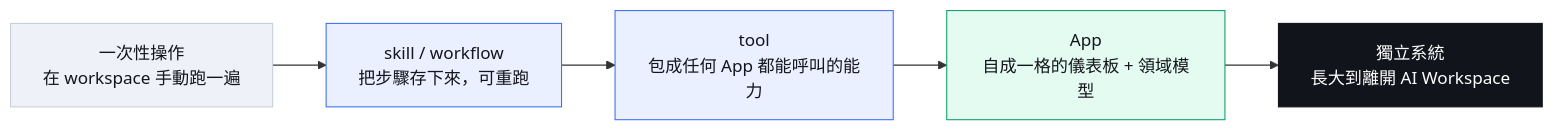
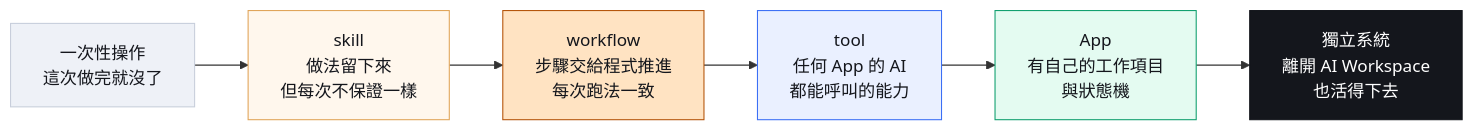
The diagram in slides/diagrams/team-onboarding-ladder.mmd (HYChou0515/ai-workspace), drawn with Mermaid before and after one commit. The commit also changed 2 other files, not shown here.

Commit message:
docs(slides): split skill and workflow into separate rungs of the ladder
The ladder collapsed them into one node labelled "把步驟存下來，可重跑" —
a description only workflow earns. Putting them in the same box undoes the
distinction the architecture page works to establish, and the label taught the
wrong thing about skill on top of that.

They are adjacent rungs, not one rung: skill keeps the method but leaves the
model to judge each run, so a step can still be dropped; workflow hands the
steps to a program, and the model is only called in for one station. Writing a
skill first and hardening it into a workflow once it settles is the normal
order, so the page now says the axis out loud — the further right, the less it
rests on the model improvising and the more the program guarantees — and says
the two are not an either/or.

skill and workflow also get distinct fills now (light vs strong amber) so the
picture carries the difference without the caption.

```diff
--- a/slides/diagrams/team-onboarding-ladder.mmd
+++ b/slides/diagrams/team-onboarding-ladder.mmd
@@ -1,11 +1,16 @@
 flowchart LR
-    A["一次性操作<br/>在 workspace 手動跑一遍"] --> B["skill / workflow<br/>把步驟存下來，可重跑"]
-    B --> C["tool<br/>包成任何 App 都能呼叫的能力"]
-    C --> D["App<br/>自成一格的儀表板 + 領域模型"]
-    D --> E["獨立系統<br/>長大到離開 AI Workspace"]
+    A["一次性操作<br/>這次做完就沒了"]
+    S["skill<br/>做法留下來<br/>但每次不保證一樣"]
+    W["workflow<br/>步驟交給程式推進<br/>每次跑法一致"]
+    T["tool<br/>任何 App 的 AI<br/>都能呼叫的能力"]
+    D["App<br/>有自己的工作項目<br/>與狀態機"]
+    E["獨立系統<br/>離開 AI Workspace<br/>也活得下去"]
+
+    A --> S --> W --> T --> D --> E
 
     style A fill:#EEF1F7,stroke:#C7CEDB,color:#14161C
-    style B fill:#EAF0FF,stroke:#3B6FF5,color:#14161C
-    style C fill:#EAF0FF,stroke:#3B6FF5,color:#14161C
+    style S fill:#FFF7ED,stroke:#E0A458,color:#14161C
+    style W fill:#FFE3C2,stroke:#B45309,color:#14161C
+    style T fill:#EAF0FF,stroke:#3B6FF5,color:#14161C
     style D fill:#E4FBF1,stroke:#0E9F6E,color:#14161C
-    style E fill:#12141C,stroke:#12141C,color:#FFFFFF
+    style E fill:#14161C,stroke:#14161C,color:#FFFFFF
```
